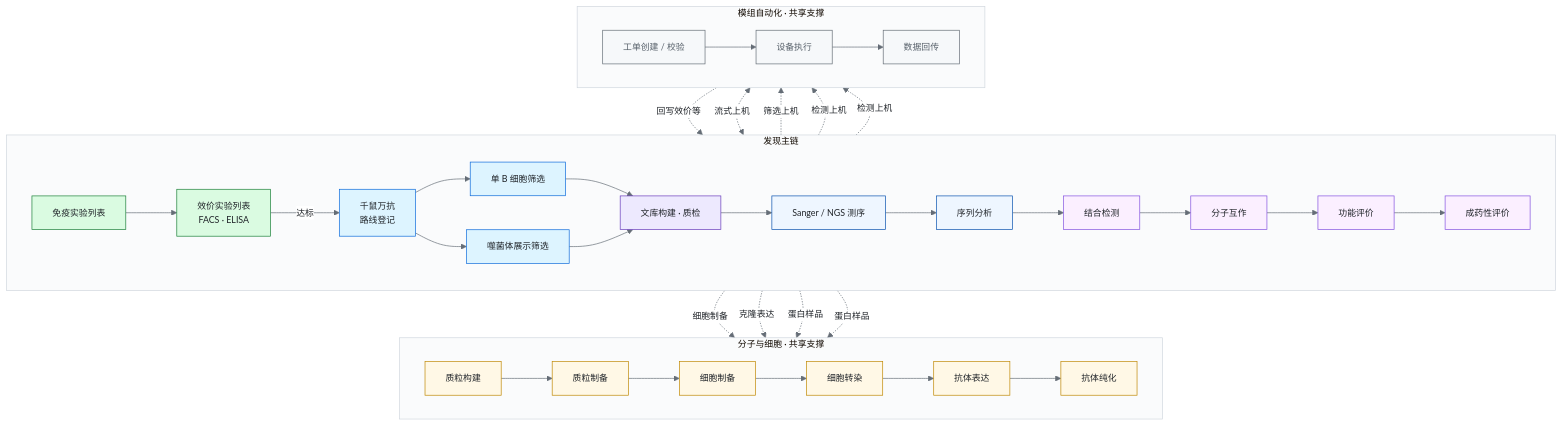
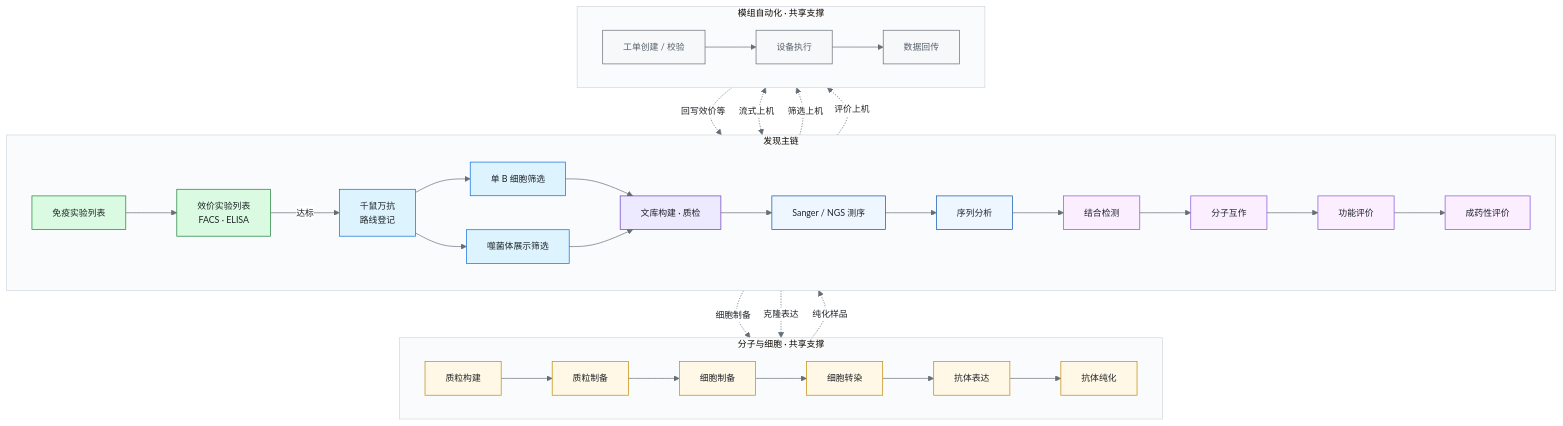
One commit to TianBa-SCP035/Antibody_Forge changed the diagram in README.md. Above: the diagram before and after it, drawn with Mermaid. The commit also changed other lines of this file, not shown here.

````diff
--- a/README.md
+++ b/README.md
@@ -55,53 +55,51 @@
 ```mermaid
 %%{init: {'theme':'base','themeVariables':{'fontFamily':'Segoe UI, system-ui, sans-serif','fontSize':'13px','primaryColor':'#f6f8fa','primaryTextColor':'#1f2328','primaryBorderColor':'#d0d7de','lineColor':'#656d76','secondaryColor':'#ffffff','tertiaryColor':'#eef6ff','clusterBkg':'#fafbfc','clusterBorder':'#d0d7de'}}}%%
 flowchart TB
   subgraph MAIN["发现主链"]
     direction LR
     I1["免疫实验列表"] --> I2["效价实验列表\nFACS · ELISA"]
     I2 -->|"达标"| Q["千鼠万抗\n路线登记"]
     Q --> SB["单 B 细胞筛选"]
     Q --> PD["噬菌体展示筛选"]
     SB --> LQ["文库构建 · 质检"]
     PD --> LQ
     LQ --> SEQ["Sanger / NGS 测序"]
     SEQ --> SA["序列分析"]
     SA --> E1["结合检测"] --> E2["分子互作"] --> E3["功能评价"] --> E4["成药性评价"]
   end
 
   subgraph MOL["分子与细胞 · 共享支撑"]
     direction LR
     M1["质粒构建"] --> M2["质粒制备"] --> M3["细胞制备"] --> M4["细胞转染"] --> M5["抗体表达"] --> M6["抗体纯化"]
   end
 
   subgraph AUTO["模组自动化 · 共享支撑"]
     direction LR
     A1["工单创建 / 校验"] --> A2["设备执行"] --> A3["数据回传"]
   end
 
   SB -.->|"细胞制备"| M3
   SA -.->|"克隆表达"| M1
-  E1 -.->|"蛋白样品"| M6
-  E2 -.->|"蛋白样品"| M6
+  M6 -.->|"纯化样品"| E1
 
   I2 <-.->|"流式上机"| A2
   SB -.->|"筛选上机"| A1
-  E1 -.->|"检测上机"| A1
-  E2 -.->|"检测上机"| A1
+  E1 -.->|"评价上机"| A1
   A3 -.->|"回写效价等"| I2
 
   classDef immune fill:#dafbe1,stroke:#1a7f37,color:#1f2328
   classDef discover fill:#ddf4ff,stroke:#0969da,color:#1f2328
   classDef library fill:#ede9fe,stroke:#6639ba,color:#1f2328
   classDef seq fill:#eef6ff,stroke:#0550ae,color:#1f2328
   classDef eval fill:#fbefff,stroke:#8250df,color:#1f2328
   classDef mol fill:#fff8e6,stroke:#bf8700,color:#1f2328
   classDef auto fill:#f6f8fa,stroke:#656d76,color:#57606a
 
   class I1,I2 immune
   class Q,SB,PD discover
   class LQ library
   class SEQ,SA seq
   class E1,E2,E3,E4 eval
   class M1,M2,M3,M4,M5,M6 mol
   class A1,A2,A3 auto
 ```
````
